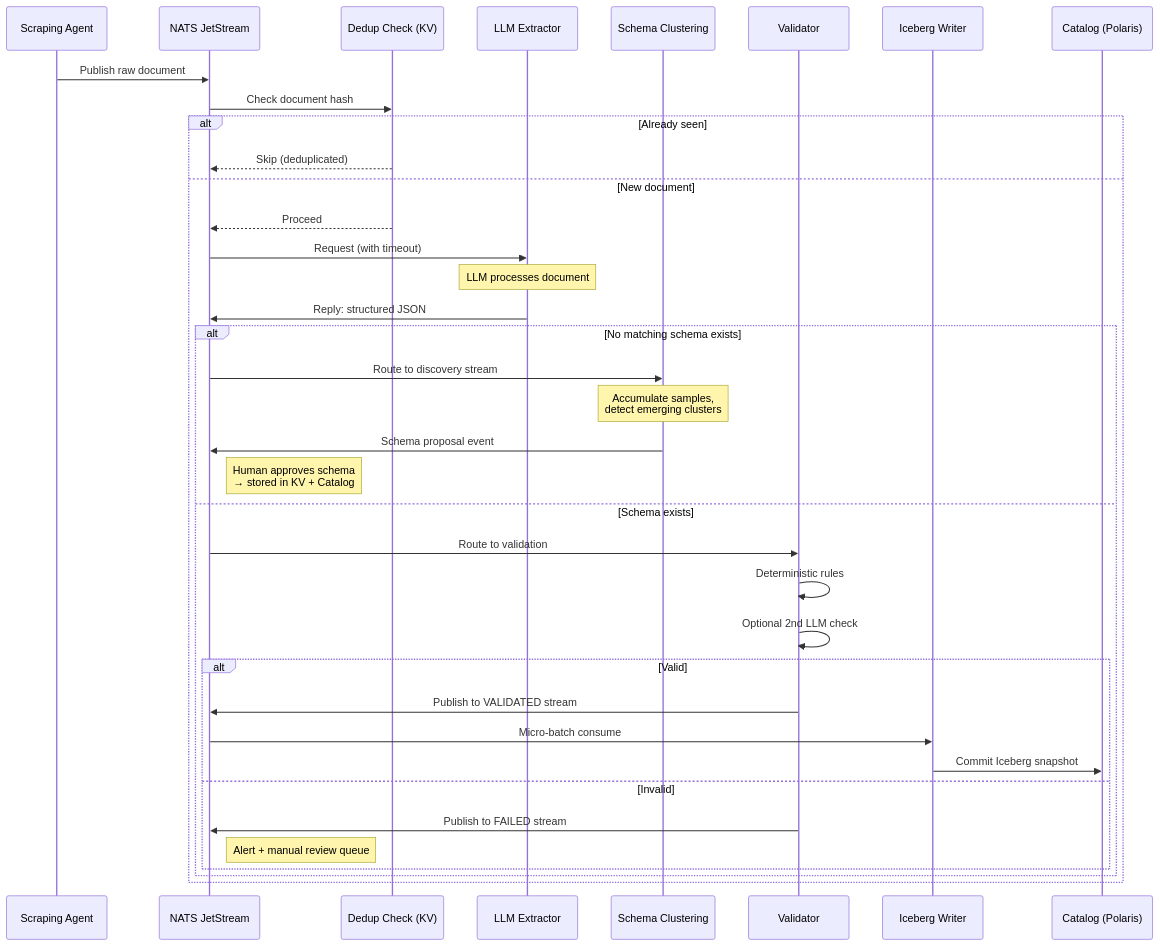
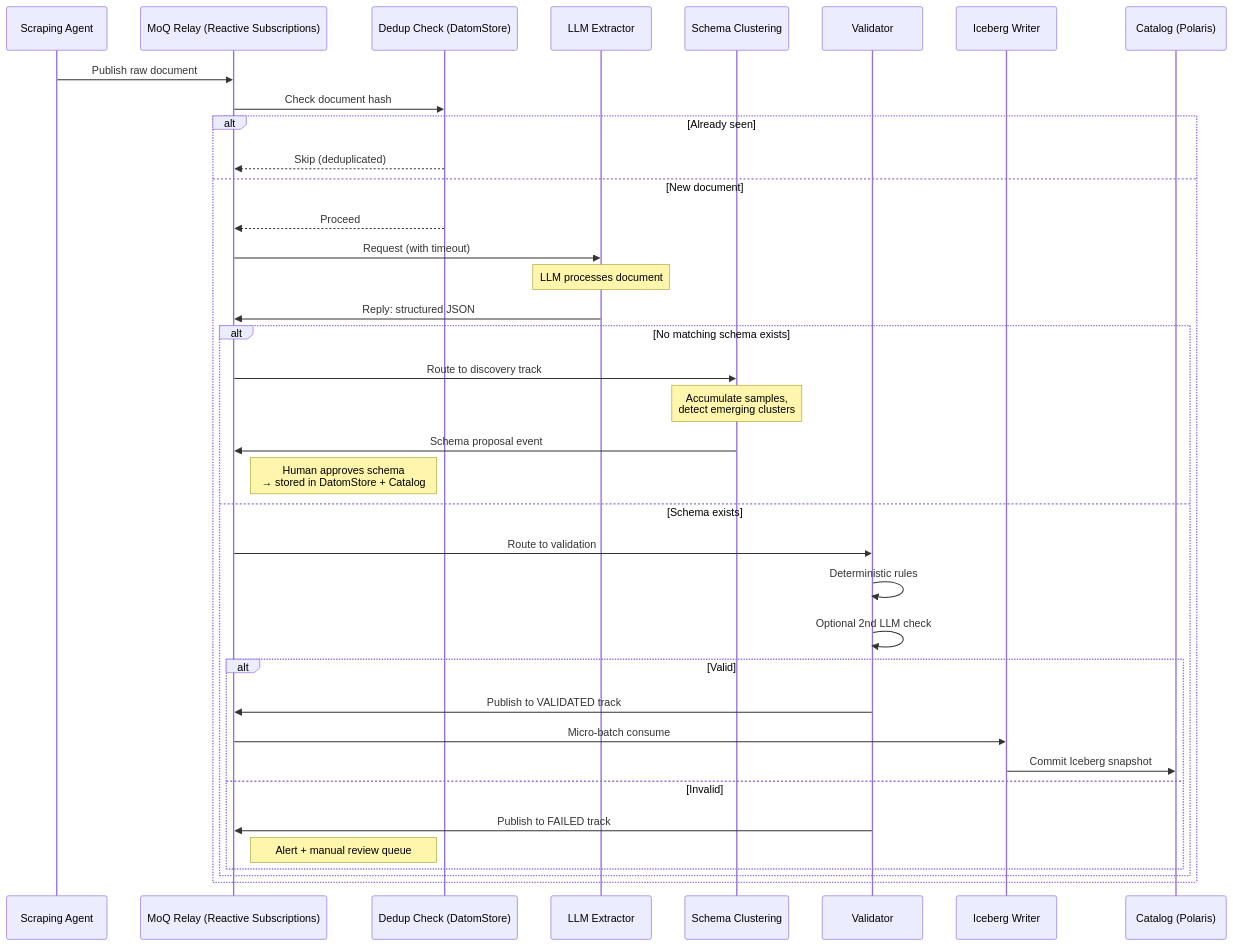
One commit to pietgk/vivief changed the third of 3 diagrams in docs/intent/procurement/self-organizing-pipeline.md. Above: the diagram before and after it, drawn with Mermaid. The commit also changed other lines of this file and 17 other files, not shown here.

````diff
--- a/docs/intent/procurement/self-organizing-pipeline.md
+++ b/docs/intent/procurement/self-organizing-pipeline.md
@@ -145,41 +145,41 @@
 ```mermaid
 sequenceDiagram
     participant Scraper as Scraping Agent
-    participant NATS as NATS JetStream
-    participant Dedup as Dedup Check (KV)
+    participant MoQ as MoQ Relay (Reactive Subscriptions)
+    participant Dedup as Dedup Check (DatomStore)
     participant Extract as LLM Extractor
     participant Cluster as Schema Clustering
     participant Validate as Validator
     participant Writer as Iceberg Writer
     participant Catalog as Catalog (Polaris)
 
-    Scraper->>NATS: Publish raw document
-    NATS->>Dedup: Check document hash
+    Scraper->>MoQ: Publish raw document
+    MoQ->>Dedup: Check document hash
     alt Already seen
-        Dedup-->>NATS: Skip (deduplicated)
+        Dedup-->>MoQ: Skip (deduplicated)
     else New document
-        Dedup-->>NATS: Proceed
-        NATS->>Extract: Request (with timeout)
+        Dedup-->>MoQ: Proceed
+        MoQ->>Extract: Request (with timeout)
         Note over Extract: LLM processes document
-        Extract->>NATS: Reply: structured JSON
+        Extract->>MoQ: Reply: structured JSON
 
         alt No matching schema exists
-            NATS->>Cluster: Route to discovery stream
+            MoQ->>Cluster: Route to discovery track
             Note over Cluster: Accumulate samples,<br/>detect emerging clusters
-            Cluster->>NATS: Schema proposal event
-            Note right of NATS: Human approves schema<br/>→ stored in KV + Catalog
+            Cluster->>MoQ: Schema proposal event
+            Note right of MoQ: Human approves schema<br/>→ stored in DatomStore + Catalog
         else Schema exists
-            NATS->>Validate: Route to validation
+            MoQ->>Validate: Route to validation
             Validate->>Validate: Deterministic rules
             Validate->>Validate: Optional 2nd LLM check
             alt Valid
-                Validate->>NATS: Publish to VALIDATED stream
-                NATS->>Writer: Micro-batch consume
+                Validate->>MoQ: Publish to VALIDATED track
+                MoQ->>Writer: Micro-batch consume
                 Writer->>Catalog: Commit Iceberg snapshot
             else Invalid
-                Validate->>NATS: Publish to FAILED stream
-                Note right of NATS: Alert + manual review queue
+                Validate->>MoQ: Publish to FAILED track
+                Note right of MoQ: Alert + manual review queue
             end
         end
     end
 ```
````
